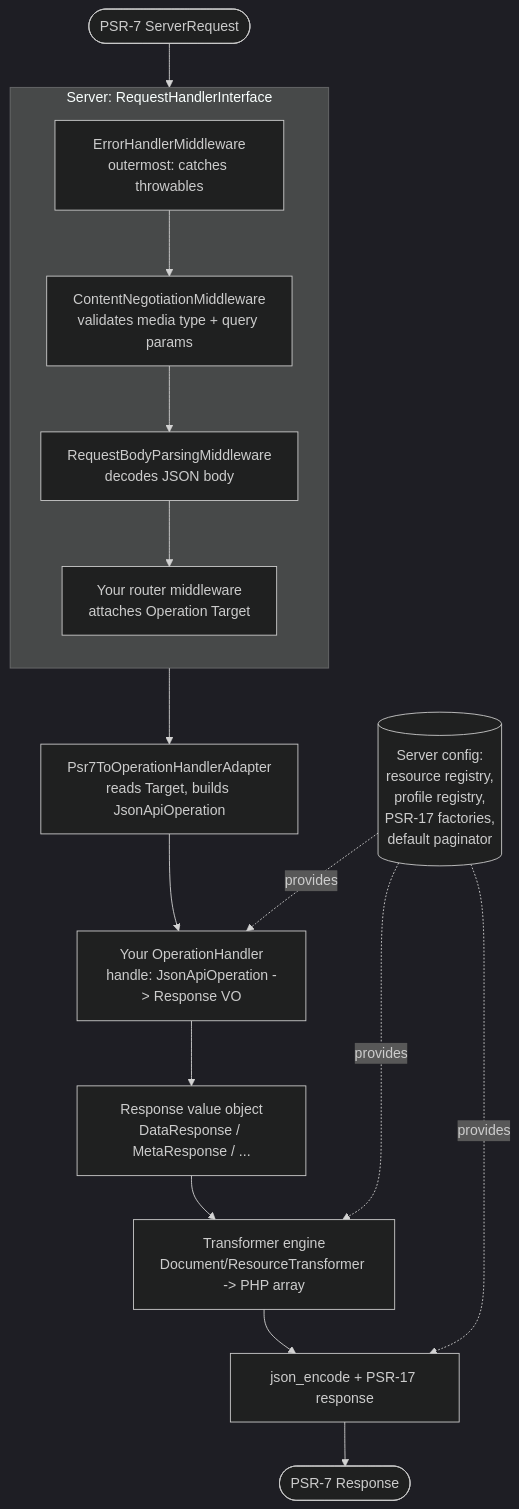
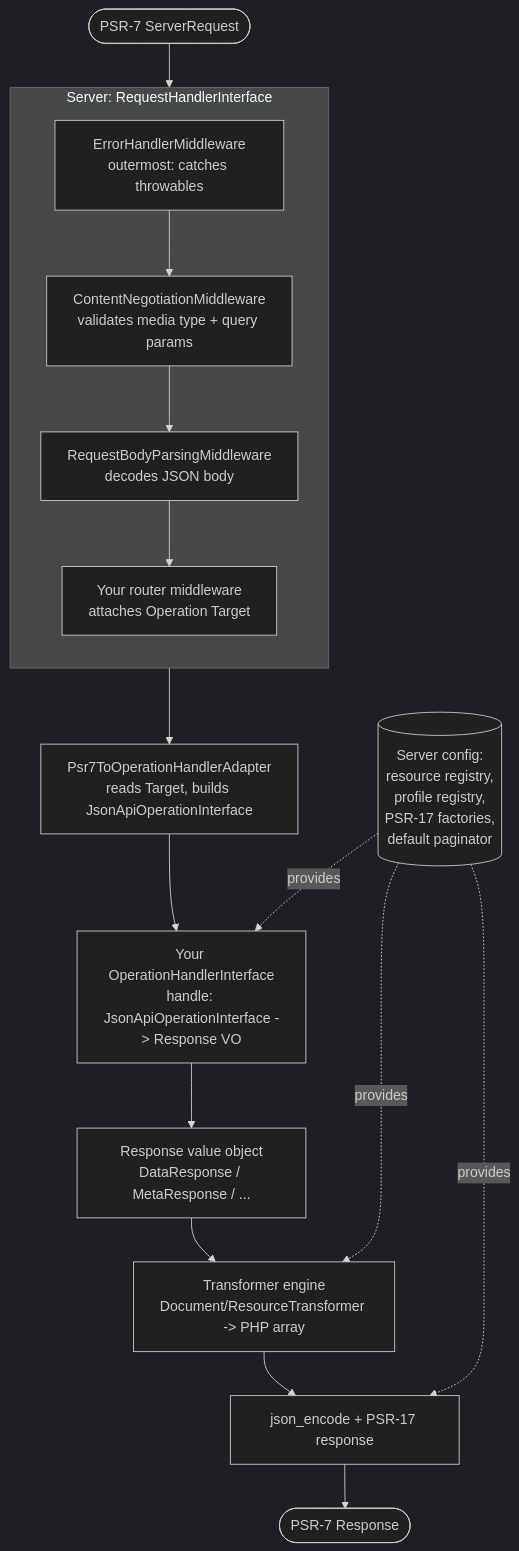
Before and after one commit to haddowg/json-api-symfony: the diagram in docs/architecture.md, drawn with Mermaid (dark theme). The commit also changed other lines of this file and 138 other files, not shown here.

````diff
--- a/docs/architecture.md
+++ b/docs/architecture.md
@@ -32,25 +32,25 @@
 ```mermaid
 flowchart TD
     client([PSR-7 ServerRequest]) --> server
 
     subgraph server[Server: RequestHandlerInterface]
         direction TB
         eh[ErrorHandlerMiddleware<br/>outermost: catches throwables]
         cn[ContentNegotiationMiddleware<br/>validates media type + query params]
         bp[RequestBodyParsingMiddleware<br/>decodes JSON body]
         router[Your router middleware<br/>attaches Operation Target]
         eh --> cn --> bp --> router
     end
 
-    router --> adapter[Psr7ToOperationHandlerAdapter<br/>reads Target, builds JsonApiOperation]
-    adapter --> handler[Your OperationHandler<br/>handle: JsonApiOperation -> Response VO]
+    router --> adapter[Psr7ToOperationHandlerAdapter<br/>reads Target, builds JsonApiOperationInterface]
+    adapter --> handler[Your OperationHandlerInterface<br/>handle: JsonApiOperationInterface -> Response VO]
     handler --> vo[Response value object<br/>DataResponse / MetaResponse / ...]
     vo --> engine[Transformer engine<br/>Document/ResourceTransformer -> PHP array]
     engine --> encode[json_encode + PSR-17 response]
     encode --> out([PSR-7 Response])
 
     config[(Server config:<br/>resource registry,<br/>profile registry,<br/>PSR-17 factories,<br/>default paginator)]
     config -.provides.-> handler
     config -.provides.-> engine
     config -.provides.-> encode
 ```
````
